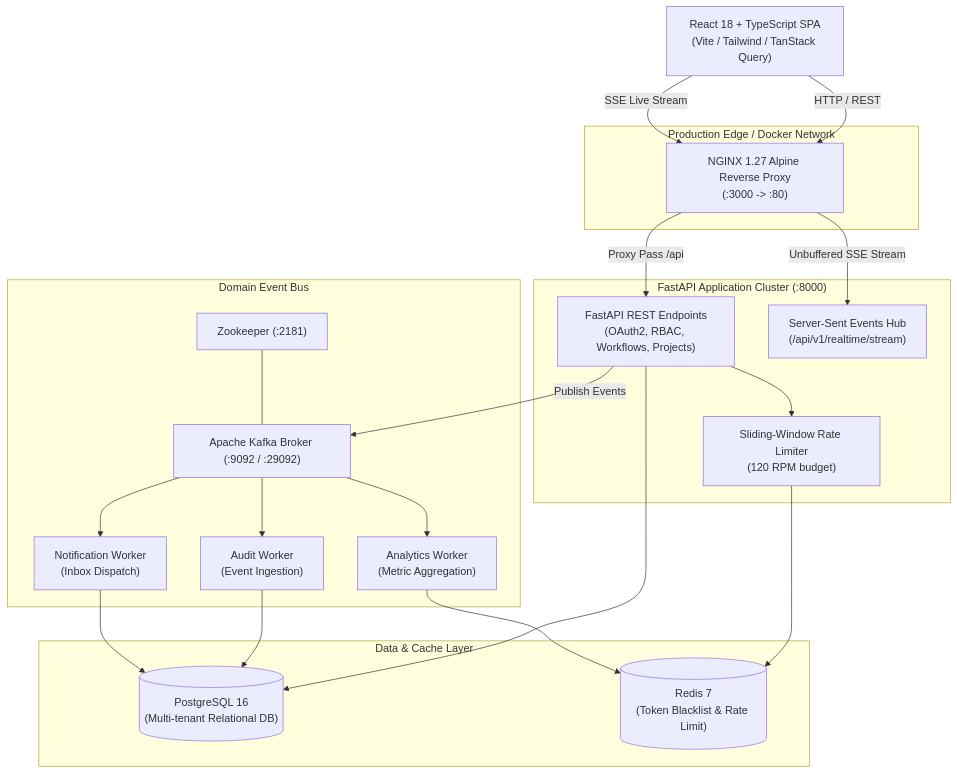
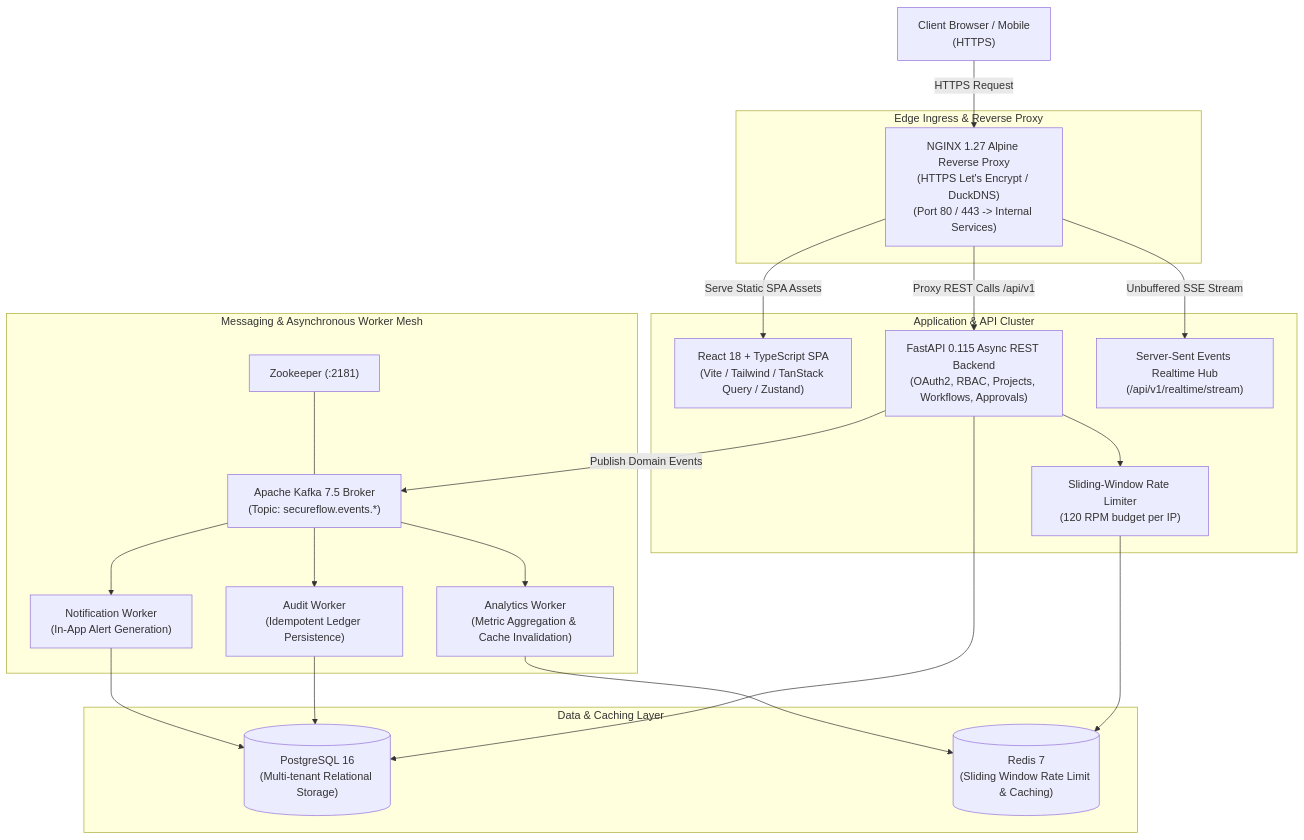
The diagram in README.md (Ketanrawat2004/SecureFlow), drawn with Mermaid before and after one commit. The commit also changed other lines of this file and 3 other files, not shown here.

Commit message:
fix(realtime): robust SSE connection lifecycle, native onopen handling, and live production docs

````diff
--- a/README.md
+++ b/README.md
@@ -55,41 +110,42 @@
 ```mermaid
 flowchart TD
-    Client["React 18 + TypeScript SPA\n(Vite / Tailwind / TanStack Query)"]
+    User["Client Browser / Mobile\n(HTTPS)"]
 
-    subgraph IngressGateway ["Production Edge / Docker Network"]
-        Nginx["NGINX 1.27 Alpine Reverse Proxy\n(:3000 -> :80)"]
+    subgraph EdgeLayer ["Edge Ingress & Reverse Proxy"]
+        Nginx["NGINX 1.27 Alpine Reverse Proxy\n(HTTPS Let's Encrypt / DuckDNS)\n(Port 80 / 443 -> Internal Services)"]
     end
 
-    subgraph CoreBackend ["FastAPI Application Cluster (:8000)"]
-        API["FastAPI REST Endpoints\n(OAuth2, RBAC, Workflows, Projects)"]
-        SSE["Server-Sent Events Hub\n(/api/v1/realtime/stream)"]
-        RateLimiter["Sliding-Window Rate Limiter\n(120 RPM budget)"]
+    subgraph ApplicationLayer ["Application & API Cluster"]
+        SPA["React 18 + TypeScript SPA\n(Vite / Tailwind / TanStack Query / Zustand)"]
+        API["FastAPI 0.115 Async REST Backend\n(OAuth2, RBAC, Projects, Workflows, Approvals)"]
+        SSEHub["Server-Sent Events Realtime Hub\n(/api/v1/realtime/stream)"]
+        RateLimiter["Sliding-Window Rate Limiter\n(120 RPM budget per IP)"]
     end
 
-    subgraph PersistenceServices ["Data & Cache Layer"]
-        PG[("PostgreSQL 16\n(Multi-tenant Relational DB)")]
-        Redis[("Redis 7\n(Token Blacklist & Rate Limit)")]
+    subgraph DataLayer ["Data & Caching Layer"]
+        PG[("PostgreSQL 16\n(Multi-tenant Relational Storage)")]
+        Redis[("Redis 7\n(Sliding Window Rate Limit & Caching)")]
     end
 
-    subgraph EventStreaming ["Domain Event Bus"]
+    subgraph EventStreamLayer ["Messaging & Asynchronous Worker Mesh"]
         Zk["Zookeeper (:2181)"]
-        Kafka["Apache Kafka Broker (:9092 / :29092)"]
-        W_Audit["Audit Worker\n(Event Ingestion)"]
-        W_Notif["Notification Worker\n(Inbox Dispatch)"]
-        W_Analytics["Analytics Worker\n(Metric Aggregation)"]
+        Kafka["Apache Kafka 7.5 Broker\n(Topic: secureflow.events.*)"]
+        WorkerAudit["Audit Worker\n(Idempotent Ledger Persistence)"]
+        WorkerNotif["Notification Worker\n(In-App Alert Generation)"]
+        WorkerAnalytics["Analytics Worker\n(Metric Aggregation & Cache Invalidation)"]
     end
 
-    Client -->|HTTP / REST| Nginx
-    Client -->|SSE Live Stream| Nginx
-    Nginx -->|Proxy Pass /api| API
-    Nginx -->|Unbuffered SSE Stream| SSE
+    User -->|HTTPS Request| Nginx
+    Nginx -->|Serve Static SPA Assets| SPA
+    Nginx -->|Proxy REST Calls /api/v1| API
+    Nginx -->|Unbuffered SSE Stream| SSEHub
     API --> RateLimiter
     RateLimiter --> Redis
     API --> PG
-    API -->|Publish Events| Kafka
-    Kafka --> W_Audit & W_Notif & W_Analytics
-    W_Audit --> PG
-    W_Notif --> PG
-    W_Analytics --> Redis
+    API -->|Publish Domain Events| Kafka
+    Kafka --> WorkerAudit & WorkerNotif & WorkerAnalytics
+    WorkerAudit --> PG
+    WorkerNotif --> PG
+    WorkerAnalytics --> Redis
     Zk --- Kafka
 ```
````
